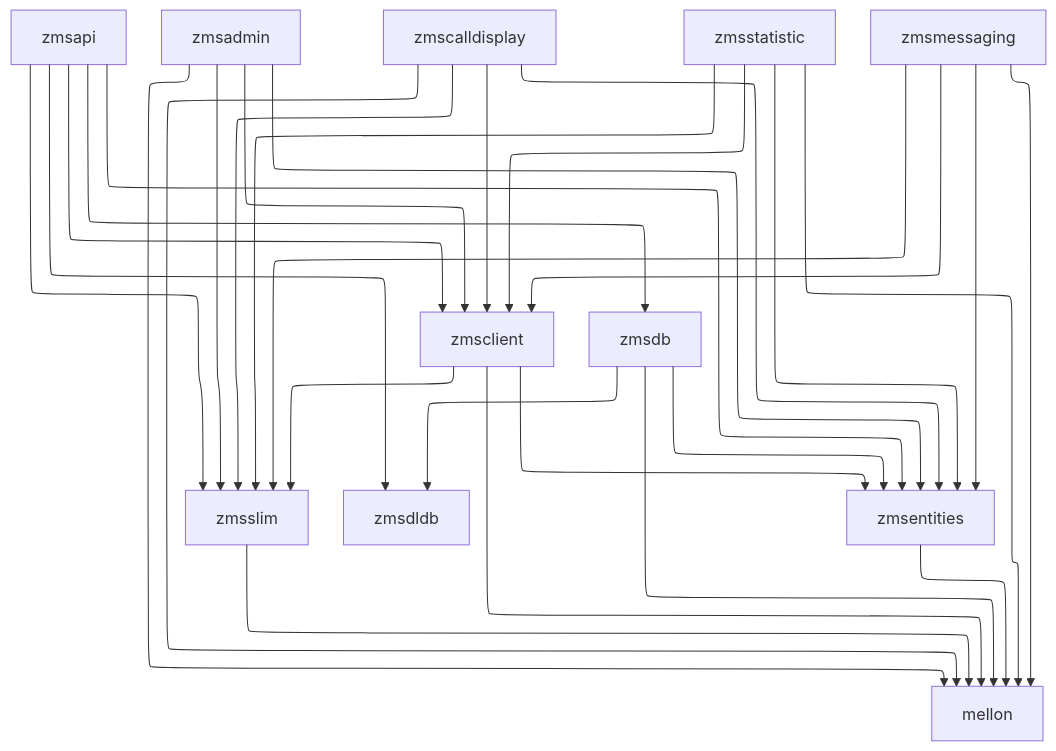
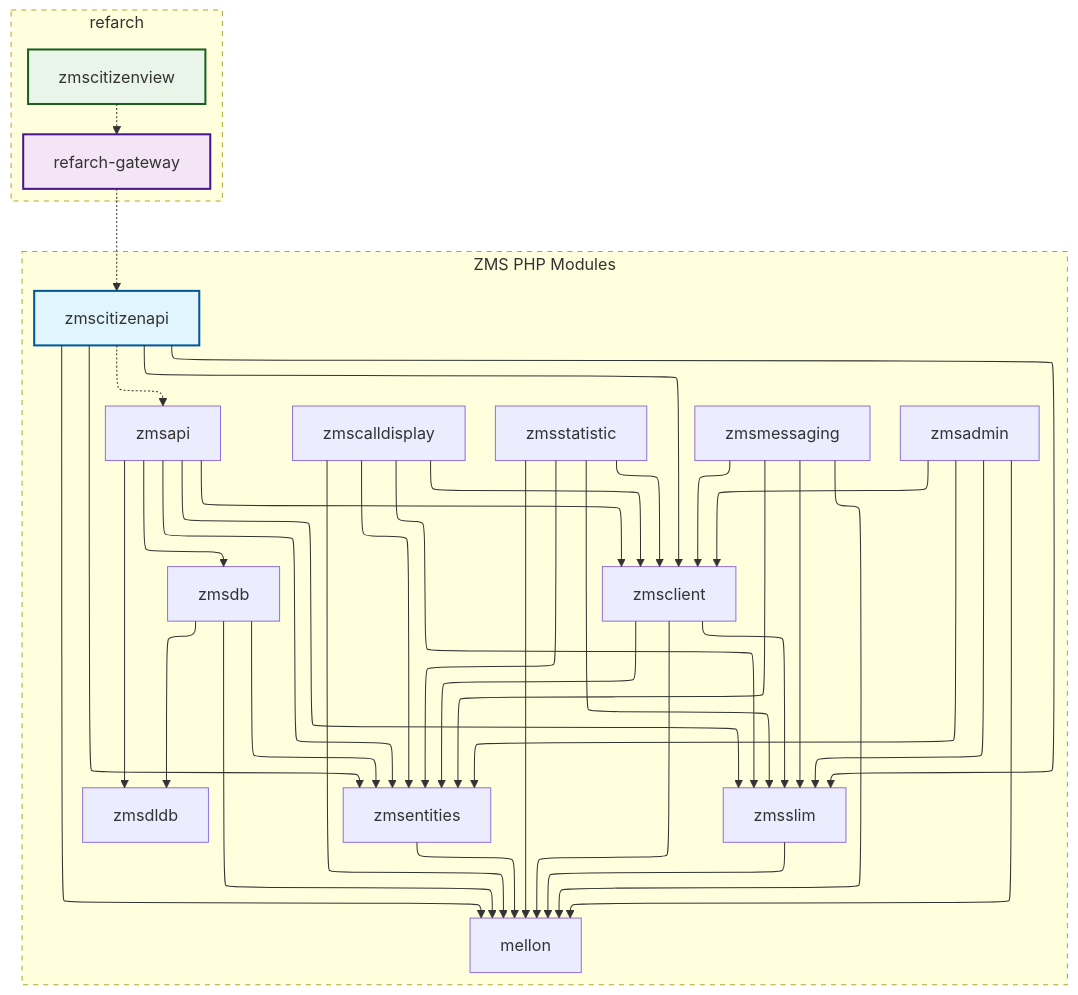
The second of 2 diagrams in README.md (it-at-m/eappointment), drawn with Mermaid before and after one commit. The commit also changed other lines of this file, not shown here.

Commit message:
docs(ZMSKVR): Update README.md dependency graph and branching concept

````diff
--- a/README.md
+++ b/README.md
@@ -247,15 +287,56 @@
 ```mermaid
 %%{init: {"flowchart": {"defaultRenderer": "elk"}} }%%
 graph TD;
+    %% Main ZMS module dependencies
     zmsapi --> zmsslim & zmsclient & zmsdldb & zmsdb & zmsentities;
     zmsadmin --> mellon & zmsclient & zmsslim & zmsentities;
     zmscalldisplay --> mellon & zmsclient & zmsentities & zmsslim;
     zmsstatistic --> mellon & zmsentities & zmsslim & zmsclient;
     zmsmessaging --> mellon & zmsclient & zmsentities & zmsslim;
-    
+
     zmsdb --> zmsentities & zmsdldb & mellon;
     zmsclient --> zmsentities & zmsslim & mellon;
     zmsentities --> mellon;
     zmsslim --> mellon;
 
+    %% zmscitizenapi dependencies
+    zmscitizenapi --> mellon & zmsslim & zmsclient & zmsentities;
+
+    %% Build dependencies (dashed lines)
+    zmscitizenapi -.-> zmsapi;
+    refarch-gateway -.-> zmscitizenapi;
+    zmscitizenview -.-> refarch-gateway;
+
+    %% Group refarch-gateway and zmscitizenview into a subgraph
+    subgraph refarch [refarch]
+        style refarch stroke-dasharray: 5
+        refarch-gateway
+        zmscitizenview
+    end
+
+    %% Group remaining modules into dashed PHP-style subgraph
+    subgraph zms_modules [ZMS PHP Modules]
+        style zms_modules stroke-dasharray: 5, 5, 1, 5
+        zmsapi
+        zmsadmin
+        zmscalldisplay
+        zmsstatistic
+        zmsmessaging
+        zmsdb
+        zmsclient
+        zmsentities
+        zmsslim
+        zmsdldb
+        mellon
+        zmscitizenapi
+    end
+
+    %% Styling for the three modules
+    classDef citizenapi fill:#e1f5fe,stroke:#01579b,stroke-width:2px;
+    classDef gateway fill:#f3e5f5,stroke:#4a148c,stroke-width:2px;
+    classDef citizenview fill:#e8f5e8,stroke:#1b5e20,stroke-width:2px;
+
+    class zmscitizenapi citizenapi;
+    class refarch-gateway gateway;
+    class zmscitizenview citizenview;
 ```
````
